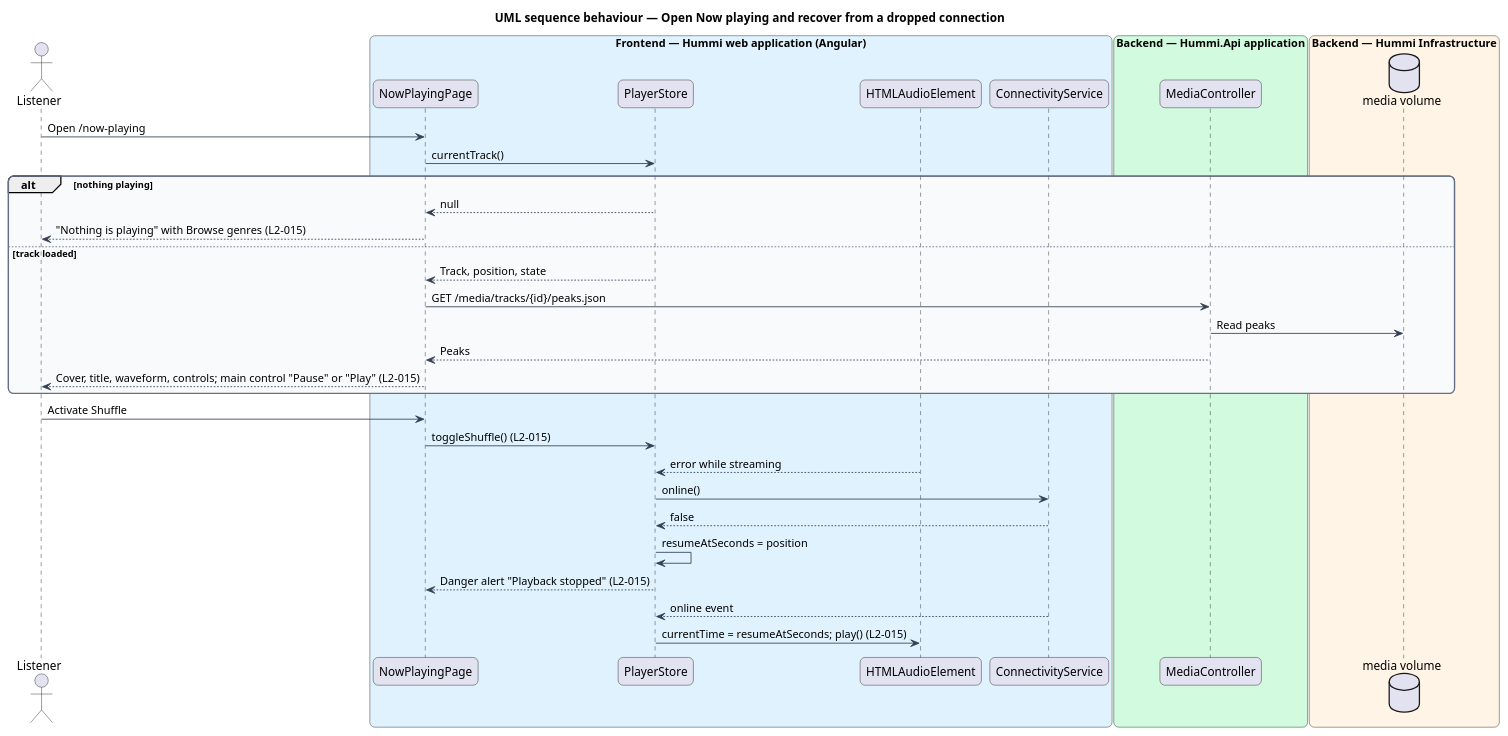
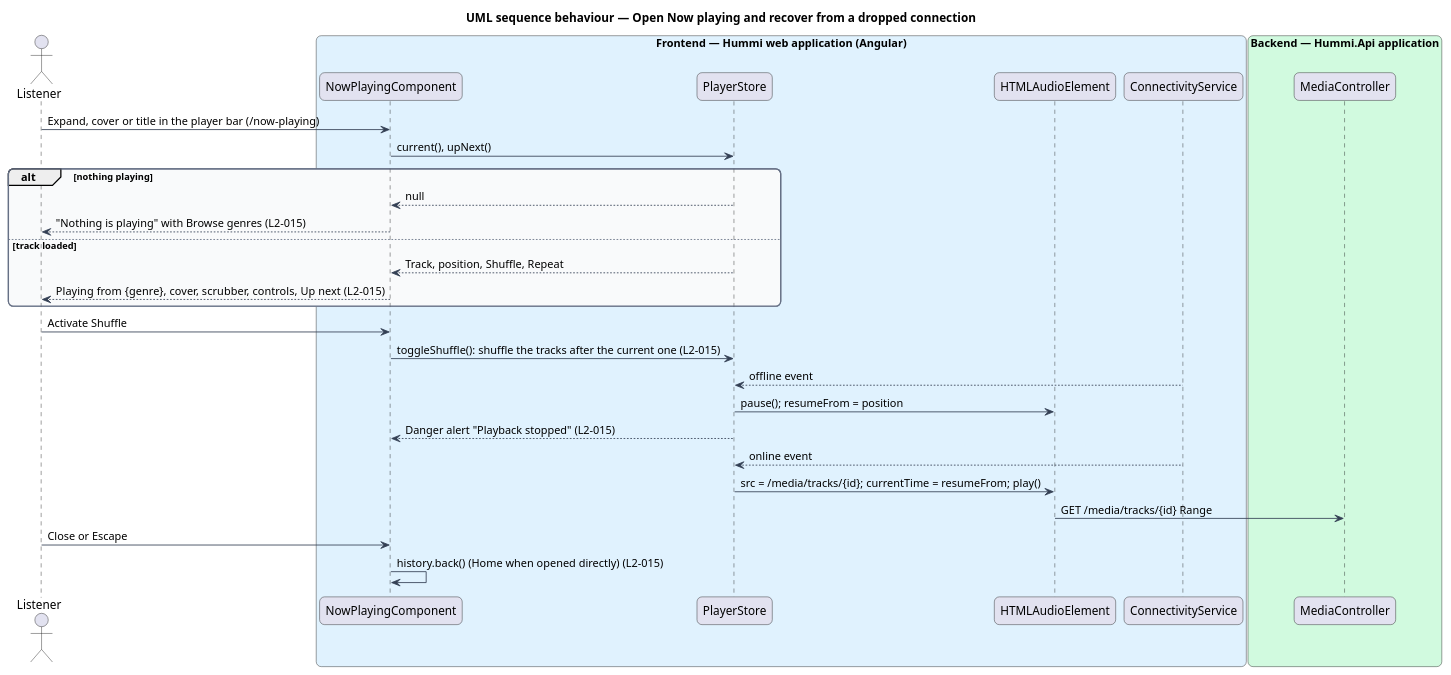
One commit to QuinntyneBrown/hummi changed the diagram in docs/detailed-designs/playback/now-playing/diagrams/sequence-now-playing.puml. Above: the diagram before and after it, drawn with PlantUML. The commit also changed 156 other files, not shown here.

First line of the commit message:
Control what plays next: Now playing, queue drawer, track menu and keyboard shortcuts

```diff
--- a/docs/detailed-designs/playback/now-playing/diagrams/sequence-now-playing.puml
+++ b/docs/detailed-designs/playback/now-playing/diagrams/sequence-now-playing.puml
@@ -1,51 +1,46 @@
 @startuml
 title UML sequence behaviour — Open Now playing and recover from a dropped connection
 skinparam backgroundColor #FFFFFF
 skinparam shadowing false
 skinparam roundcorner 12
 skinparam defaultFontName Arial
 skinparam ArrowColor #344054
 skinparam rectangle {
   BorderColor #344054
   FontColor #101828
 }
 skinparam package {
   BorderColor #667085
   FontColor #101828
   BackgroundColor #F9FAFB
 }
 actor "Listener" as u
 box "Frontend — Hummi web application (Angular)" #E0F2FE
-  participant "NowPlayingPage" as page
+  participant "NowPlayingComponent" as page
   participant "PlayerStore" as player
   participant "HTMLAudioElement" as audio
   participant "ConnectivityService" as net
 end box
 box "Backend — Hummi.Api application" #D1FADF
   participant "MediaController" as mctl
 end box
-box "Backend — Hummi Infrastructure" #FFF4E5
-  database "media volume" as media
-end box
-u -> page : Open /now-playing
-page -> player : currentTrack()
+u -> page : Expand, cover or title in the player bar (/now-playing)
+page -> player : current(), upNext()
 alt nothing playing
   player --> page : null
   page --> u : "Nothing is playing" with Browse genres (L2-015)
 else track loaded
-  player --> page : Track, position, state
-  page -> mctl : GET /media/tracks/{id}/peaks.json
-  mctl -> media : Read peaks
-  mctl --> page : Peaks
-  page --> u : Cover, title, waveform, controls; main control "Pause" or "Play" (L2-015)
+  player --> page : Track, position, Shuffle, Repeat
+  page --> u : Playing from {genre}, cover, scrubber, controls, Up next (L2-015)
 end
 u -> page : Activate Shuffle
-page -> player : toggleShuffle() (L2-015)
-audio --> player : error while streaming
-player -> net : online()
-net --> player : false
-player -> player : resumeAtSeconds = position
+page -> player : toggleShuffle(): shuffle the tracks after the current one (L2-015)
+net --> player : offline event
+player -> audio : pause(); resumeFrom = position
 player --> page : Danger alert "Playback stopped" (L2-015)
 net --> player : online event
-player -> audio : currentTime = resumeAtSeconds; play() (L2-015)
+player -> audio : src = /media/tracks/{id}; currentTime = resumeFrom; play()
+audio -> mctl : GET /media/tracks/{id} Range
+u -> page : Close or Escape
+page -> page : history.back() (Home when opened directly) (L2-015)
 @enduml
```
